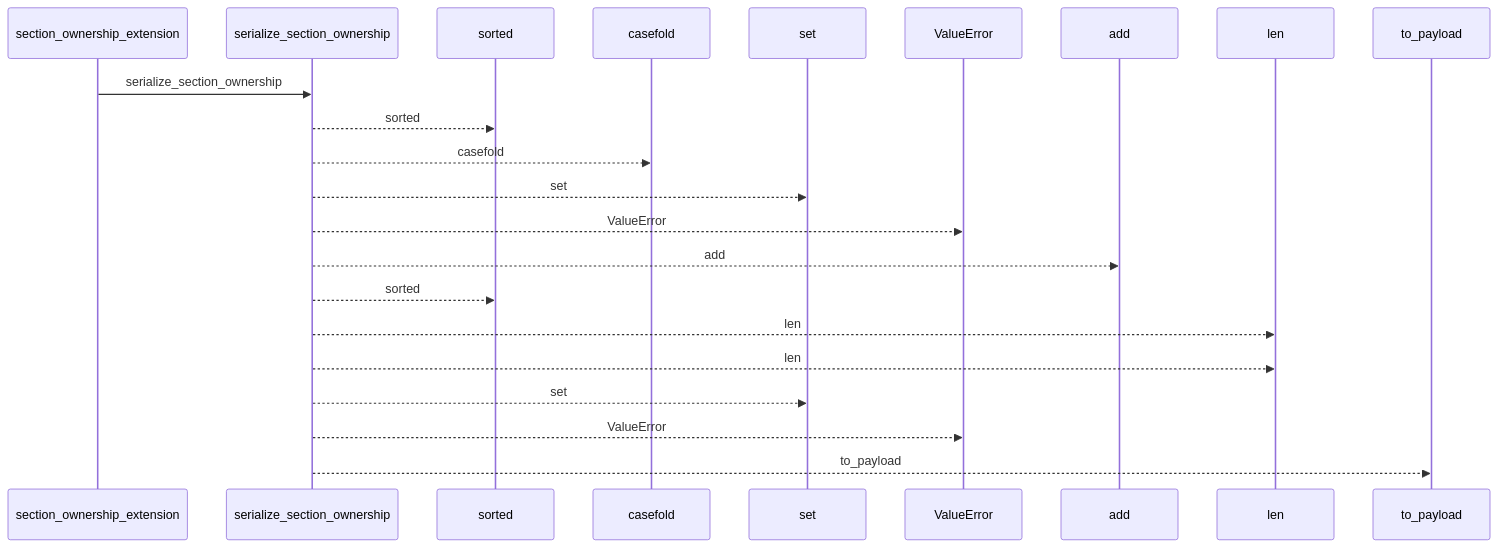
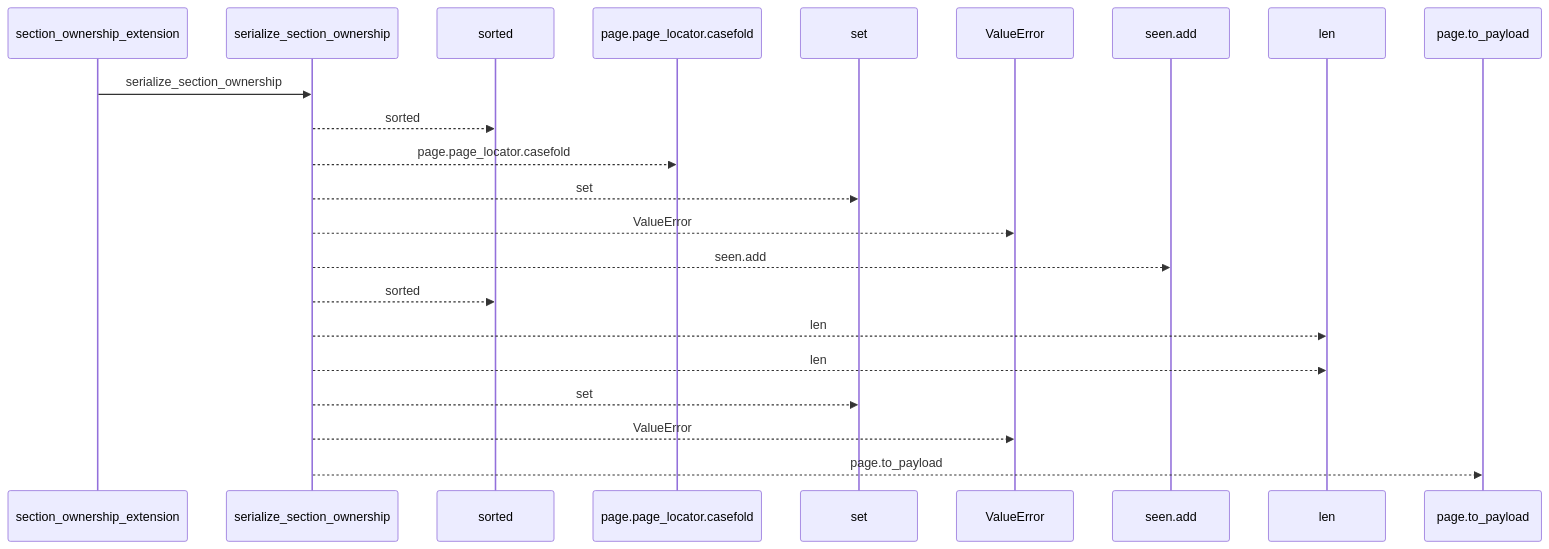
One commit to Denissvgn/python-wiki-llm changed the first of 2 diagrams in docs/llm_wiki/flows/api-section_ownership_extension.md. Above: the diagram before and after it, drawn with Mermaid. The commit also changed other lines of this file and 719 other files, not shown here.

````diff
--- a/docs/llm_wiki/flows/api-section_ownership_extension.md
+++ b/docs/llm_wiki/flows/api-section_ownership_extension.md
@@ -10,24 +10,24 @@
 ```mermaid
 sequenceDiagram
     participant p0 as section_ownership_extension
     participant p1 as serialize_section_ownership
     participant p2 as sorted
-    participant p3 as casefold
+    participant p3 as page.page_locator.casefold
     participant p4 as set
     participant p5 as ValueError
-    participant p6 as add
+    participant p6 as seen.add
     participant p7 as len
-    participant p8 as to_payload
+    participant p8 as page.to_payload
     p0->>p1: serialize_section_ownership
     p1-->>p2: sorted
-    p1-->>p3: casefold
+    p1-->>p3: page.page_locator.casefold
     p1-->>p4: set
     p1-->>p5: ValueError
-    p1-->>p6: add
+    p1-->>p6: seen.add
     p1-->>p2: sorted
     p1-->>p7: len
     p1-->>p7: len
     p1-->>p4: set
     p1-->>p5: ValueError
-    p1-->>p8: to_payload
+    p1-->>p8: page.to_payload
 ```
````
